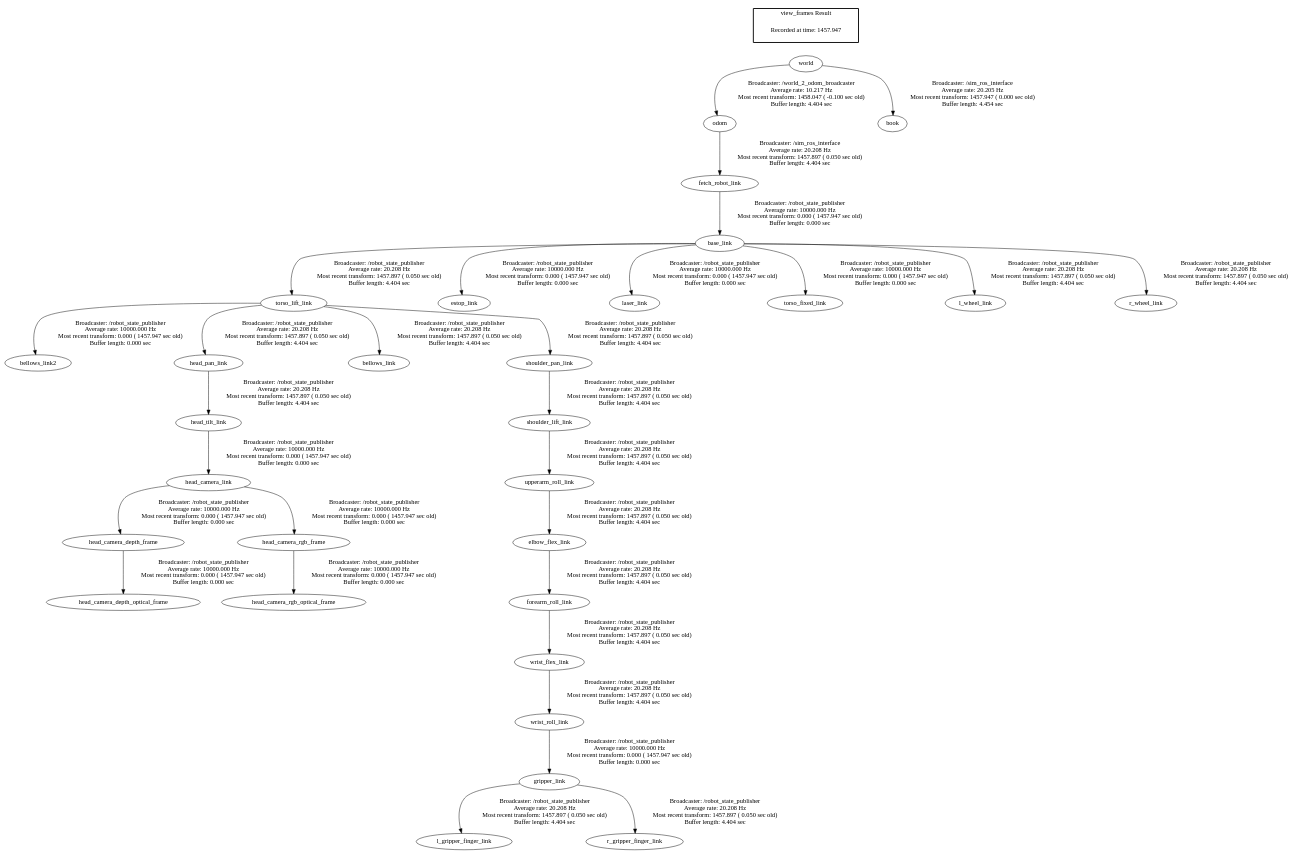
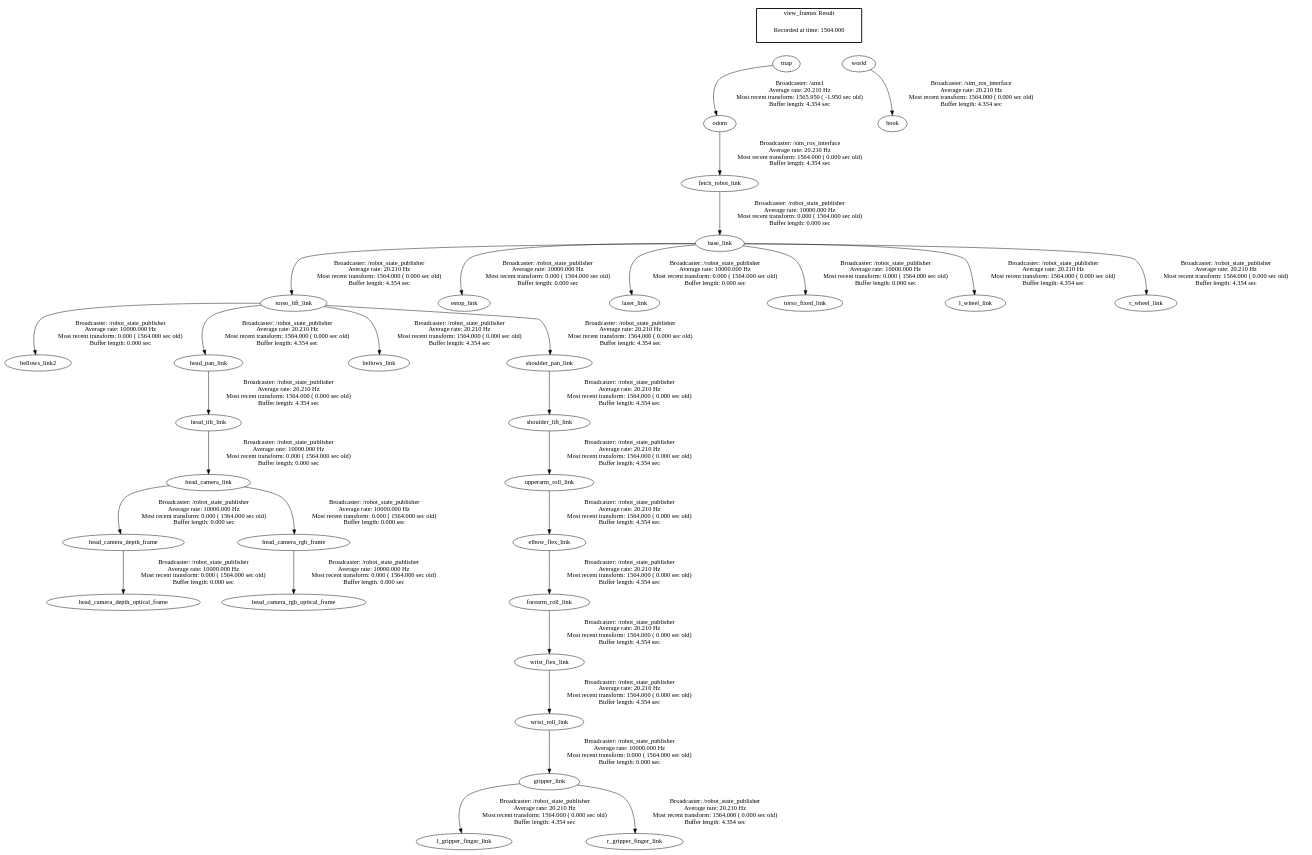
One commit to CogRob/home-robot-project changed the diagram in frames.gv. Above: the diagram before and after it, drawn with Graphviz. The commit also changed 13 other files, not shown here.

```diff
--- a/frames.gv
+++ b/frames.gv
@@ -1,35 +1,39 @@
 digraph G {
-"torso_lift_link" -> "bellows_link2"[label="Broadcaster: /robot_state_publisher\nAverage rate: 10000.000 Hz\nMost recent transform: 0.000 ( 1457.947 sec old)\nBuffer length: 0.000 sec\n"];
-"base_link" -> "torso_lift_link"[label="Broadcaster: /robot_state_publisher\nAverage rate: 20.208 Hz\nMost recent transform: 1457.897 ( 0.050 sec old)\nBuffer length: 4.404 sec\n"];
-"fetch_robot_link" -> "base_link"[label="Broadcaster: /robot_state_publisher\nAverage rate: 10000.000 Hz\nMost recent transform: 0.000 ( 1457.947 sec old)\nBuffer length: 0.000 sec\n"];
-"odom" -> "fetch_robot_link"[label="Broadcaster: /sim_ros_interface\nAverage rate: 20.208 Hz\nMost recent transform: 1457.897 ( 0.050 sec old)\nBuffer length: 4.404 sec\n"];
-"base_link" -> "estop_link"[label="Broadcaster: /robot_state_publisher\nAverage rate: 10000.000 Hz\nMost recent transform: 0.000 ( 1457.947 sec old)\nBuffer length: 0.000 sec\n"];
-"wrist_roll_link" -> "gripper_link"[label="Broadcaster: /robot_state_publisher\nAverage rate: 10000.000 Hz\nMost recent transform: 0.000 ( 1457.947 sec old)\nBuffer length: 0.000 sec\n"];
-"wrist_flex_link" -> "wrist_roll_link"[label="Broadcaster: /robot_state_publisher\nAverage rate: 20.208 Hz\nMost recent transform: 1457.897 ( 0.050 sec old)\nBuffer length: 4.404 sec\n"];
-"head_camera_link" -> "head_camera_depth_frame"[label="Broadcaster: /robot_state_publisher\nAverage rate: 10000.000 Hz\nMost recent transform: 0.000 ( 1457.947 sec old)\nBuffer length: 0.000 sec\n"];
-"head_tilt_link" -> "head_camera_link"[label="Broadcaster: /robot_state_publisher\nAverage rate: 10000.000 Hz\nMost recent transform: 0.000 ( 1457.947 sec old)\nBuffer length: 0.000 sec\n"];
-"head_camera_depth_frame" -> "head_camera_depth_optical_frame"[label="Broadcaster: /robot_state_publisher\nAverage rate: 10000.000 Hz\nMost recent transform: 0.000 ( 1457.947 sec old)\nBuffer length: 0.000 sec\n"];
-"head_pan_link" -> "head_tilt_link"[label="Broadcaster: /robot_state_publisher\nAverage rate: 20.208 Hz\nMost recent transform: 1457.897 ( 0.050 sec old)\nBuffer length: 4.404 sec\n"];
-"head_camera_link" -> "head_camera_rgb_frame"[label="Broadcaster: /robot_state_publisher\nAverage rate: 10000.000 Hz\nMost recent transform: 0.000 ( 1457.947 sec old)\nBuffer length: 0.000 sec\n"];
-"head_camera_rgb_frame" -> "head_camera_rgb_optical_frame"[label="Broadcaster: /robot_state_publisher\nAverage rate: 10000.000 Hz\nMost recent transform: 0.000 ( 1457.947 sec old)\nBuffer length: 0.000 sec\n"];
-"base_link" -> "laser_link"[label="Broadcaster: /robot_state_publisher\nAverage rate: 10000.000 Hz\nMost recent transform: 0.000 ( 1457.947 sec old)\nBuffer length: 0.000 sec\n"];
-"base_link" -> "torso_fixed_link"[label="Broadcaster: /robot_state_publisher\nAverage rate: 10000.000 Hz\nMost recent transform: 0.000 ( 1457.947 sec old)\nBuffer length: 0.000 sec\n"];
-"world" -> "book"[label="Broadcaster: /sim_ros_interface\nAverage rate: 20.205 Hz\nMost recent transform: 1457.947 ( 0.000 sec old)\nBuffer length: 4.454 sec\n"];
-"world" -> "odom"[label="Broadcaster: /world_2_odom_broadcaster\nAverage rate: 10.217 Hz\nMost recent transform: 1458.047 ( -0.100 sec old)\nBuffer length: 4.404 sec\n"];
-"torso_lift_link" -> "bellows_link"[label="Broadcaster: /robot_state_publisher\nAverage rate: 20.208 Hz\nMost recent transform: 1457.897 ( 0.050 sec old)\nBuffer length: 4.404 sec\n"];
-"upperarm_roll_link" -> "elbow_flex_link"[label="Broadcaster: /robot_state_publisher\nAverage rate: 20.208 Hz\nMost recent transform: 1457.897 ( 0.050 sec old)\nBuffer length: 4.404 sec\n"];
-"shoulder_lift_link" -> "upperarm_roll_link"[label="Broadcaster: /robot_state_publisher\nAverage rate: 20.208 Hz\nMost recent transform: 1457.897 ( 0.050 sec old)\nBuffer length: 4.404 sec\n"];
-"elbow_flex_link" -> "forearm_roll_link"[label="Broadcaster: /robot_state_publisher\nAverage rate: 20.208 Hz\nMost recent transform: 1457.897 ( 0.050 sec old)\nBuffer length: 4.404 sec\n"];
-"torso_lift_link" -> "head_pan_link"[label="Broadcaster: /robot_state_publisher\nAverage rate: 20.208 Hz\nMost recent transform: 1457.897 ( 0.050 sec old)\nBuffer length: 4.404 sec\n"];
-"gripper_link" -> "l_gripper_finger_link"[label="Broadcaster: /robot_state_publisher\nAverage rate: 20.208 Hz\nMost recent transform: 1457.897 ( 0.050 sec old)\nBuffer length: 4.404 sec\n"];
-"base_link" -> "l_wheel_link"[label="Broadcaster: /robot_state_publisher\nAverage rate: 20.208 Hz\nMost recent transform: 1457.897 ( 0.050 sec old)\nBuffer length: 4.404 sec\n"];
-"gripper_link" -> "r_gripper_finger_link"[label="Broadcaster: /robot_state_publisher\nAverage rate: 20.208 Hz\nMost recent transform: 1457.897 ( 0.050 sec old)\nBuffer length: 4.404 sec\n"];
-"base_link" -> "r_wheel_link"[label="Broadcaster: /robot_state_publisher\nAverage rate: 20.208 Hz\nMost recent transform: 1457.897 ( 0.050 sec old)\nBuffer length: 4.404 sec\n"];
-"shoulder_pan_link" -> "shoulder_lift_link"[label="Broadcaster: /robot_state_publisher\nAverage rate: 20.208 Hz\nMost recent transform: 1457.897 ( 0.050 sec old)\nBuffer length: 4.404 sec\n"];
-"torso_lift_link" -> "shoulder_pan_link"[label="Broadcaster: /robot_state_publisher\nAverage rate: 20.208 Hz\nMost recent transform: 1457.897 ( 0.050 sec old)\nBuffer length: 4.404 sec\n"];
-"forearm_roll_link" -> "wrist_flex_link"[label="Broadcaster: /robot_state_publisher\nAverage rate: 20.208 Hz\nMost recent transform: 1457.897 ( 0.050 sec old)\nBuffer length: 4.404 sec\n"];
+"torso_lift_link" -> "bellows_link2"[label="Broadcaster: /robot_state_publisher\nAverage rate: 10000.000 Hz\nMost recent transform: 0.000 ( 1564.000 sec old)\nBuffer length: 0.000 sec\n"];
+"base_link" -> "torso_lift_link"[label="Broadcaster: /robot_state_publisher\nAverage rate: 20.210 Hz\nMost recent transform: 1564.000 ( 0.000 sec old)\nBuffer length: 4.354 sec\n"];
+"fetch_robot_link" -> "base_link"[label="Broadcaster: /robot_state_publisher\nAverage rate: 10000.000 Hz\nMost recent transform: 0.000 ( 1564.000 sec old)\nBuffer length: 0.000 sec\n"];
+"odom" -> "fetch_robot_link"[label="Broadcaster: /sim_ros_interface\nAverage rate: 20.210 Hz\nMost recent transform: 1564.000 ( 0.000 sec old)\nBuffer length: 4.354 sec\n"];
+"base_link" -> "estop_link"[label="Broadcaster: /robot_state_publisher\nAverage rate: 10000.000 Hz\nMost recent transform: 0.000 ( 1564.000 sec old)\nBuffer length: 0.000 sec\n"];
+"wrist_roll_link" -> "gripper_link"[label="Broadcaster: /robot_state_publisher\nAverage rate: 10000.000 Hz\nMost recent transform: 0.000 ( 1564.000 sec old)\nBuffer length: 0.000 sec\n"];
+"wrist_flex_link" -> "wrist_roll_link"[label="Broadcaster: /robot_state_publisher\nAverage rate: 20.210 Hz\nMost recent transform: 1564.000 ( 0.000 sec old)\nBuffer length: 4.354 sec\n"];
+"head_camera_link" -> "head_camera_depth_frame"[label="Broadcaster: /robot_state_publisher\nAverage rate: 10000.000 Hz\nMost recent transform: 0.000 ( 1564.000 sec old)\nBuffer length: 0.000 sec\n"];
+"head_tilt_link" -> "head_camera_link"[label="Broadcaster: /robot_state_publisher\nAverage rate: 10000.000 Hz\nMost recent transform: 0.000 ( 1564.000 sec old)\nBuffer length: 0.000 sec\n"];
+"head_camera_depth_frame" -> "head_camera_depth_optical_frame"[label="Broadcaster: /robot_state_publisher\nAverage rate: 10000.000 Hz\nMost recent transform: 0.000 ( 1564.000 sec old)\nBuffer length: 0.000 sec\n"];
+"head_pan_link" -> "head_tilt_link"[label="Broadcaster: /robot_state_publisher\nAverage rate: 20.210 Hz\nMost recent transform: 1564.000 ( 0.000 sec old)\nBuffer length: 4.354 sec\n"];
+"head_camera_link" -> "head_camera_rgb_frame"[label="Broadcaster: /robot_state_publisher\nAverage rate: 10000.000 Hz\nMost recent transform: 0.000 ( 1564.000 sec old)\nBuffer length: 0.000 sec\n"];
+"head_camera_rgb_frame" -> "head_camera_rgb_optical_frame"[label="Broadcaster: /robot_state_publisher\nAverage rate: 10000.000 Hz\nMost recent transform: 0.000 ( 1564.000 sec old)\nBuffer length: 0.000 sec\n"];
+"base_link" -> "laser_link"[label="Broadcaster: /robot_state_publisher\nAverage rate: 10000.000 Hz\nMost recent transform: 0.000 ( 1564.000 sec old)\nBuffer length: 0.000 sec\n"];
+"base_link" -> "torso_fixed_link"[label="Broadcaster: /robot_state_publisher\nAverage rate: 10000.000 Hz\nMost recent transform: 0.000 ( 1564.000 sec old)\nBuffer length: 0.000 sec\n"];
+"map" -> "odom"[label="Broadcaster: /amcl\nAverage rate: 20.210 Hz\nMost recent transform: 1565.950 ( -1.950 sec old)\nBuffer length: 4.354 sec\n"];
+"world" -> "book"[label="Broadcaster: /sim_ros_interface\nAverage rate: 20.210 Hz\nMost recent transform: 1564.000 ( 0.000 sec old)\nBuffer length: 4.354 sec\n"];
+"torso_lift_link" -> "bellows_link"[label="Broadcaster: /robot_state_publisher\nAverage rate: 20.210 Hz\nMost recent transform: 1564.000 ( 0.000 sec old)\nBuffer length: 4.354 sec\n"];
+"upperarm_roll_link" -> "elbow_flex_link"[label="Broadcaster: /robot_state_publisher\nAverage rate: 20.210 Hz\nMost recent transform: 1564.000 ( 0.000 sec old)\nBuffer length: 4.354 sec\n"];
+"shoulder_lift_link" -> "upperarm_roll_link"[label="Broadcaster: /robot_state_publisher\nAverage rate: 20.210 Hz\nMost recent transform: 1564.000 ( 0.000 sec old)\nBuffer length: 4.354 sec\n"];
+"elbow_flex_link" -> "forearm_roll_link"[label="Broadcaster: /robot_state_publisher\nAverage rate: 20.210 Hz\nMost recent transform: 1564.000 ( 0.000 sec old)\nBuffer length: 4.354 sec\n"];
+"torso_lift_link" -> "head_pan_link"[label="Broadcaster: /robot_state_publisher\nAverage rate: 20.210 Hz\nMost recent transform: 1564.000 ( 0.000 sec old)\nBuffer length: 4.354 sec\n"];
+"gripper_link" -> "l_gripper_finger_link"[label="Broadcaster: /robot_state_publisher\nAverage rate: 20.210 Hz\nMost recent transform: 1564.000 ( 0.000 sec old)\nBuffer length: 4.354 sec\n"];
+"base_link" -> "l_wheel_link"[label="Broadcaster: /robot_state_publisher\nAverage rate: 20.210 Hz\nMost recent transform: 1564.000 ( 0.000 sec old)\nBuffer length: 4.354 sec\n"];
+"gripper_link" -> "r_gripper_finger_link"[label="Broadcaster: /robot_state_publisher\nAverage rate: 20.210 Hz\nMost recent transform: 1564.000 ( 0.000 sec old)\nBuffer length: 4.354 sec\n"];
+"base_link" -> "r_wheel_link"[label="Broadcaster: /robot_state_publisher\nAverage rate: 20.210 Hz\nMost recent transform: 1564.000 ( 0.000 sec old)\nBuffer length: 4.354 sec\n"];
+"shoulder_pan_link" -> "shoulder_lift_link"[label="Broadcaster: /robot_state_publisher\nAverage rate: 20.210 Hz\nMost recent transform: 1564.000 ( 0.000 sec old)\nBuffer length: 4.354 sec\n"];
+"torso_lift_link" -> "shoulder_pan_link"[label="Broadcaster: /robot_state_publisher\nAverage rate: 20.210 Hz\nMost recent transform: 1564.000 ( 0.000 sec old)\nBuffer length: 4.354 sec\n"];
+"forearm_roll_link" -> "wrist_flex_link"[label="Broadcaster: /robot_state_publisher\nAverage rate: 20.210 Hz\nMost recent transform: 1564.000 ( 0.000 sec old)\nBuffer length: 4.354 sec\n"];
 edge [style=invis];
  subgraph cluster_legend { style=bold; color=black; label ="view_frames Result";
-"Recorded at time: 1457.947"[ shape=plaintext ] ;
+"Recorded at time: 1564.000"[ shape=plaintext ] ;
+ }->"map";
+edge [style=invis];
+ subgraph cluster_legend { style=bold; color=black; label ="view_frames Result";
+"Recorded at time: 1564.000"[ shape=plaintext ] ;
  }->"world";
 }
```
